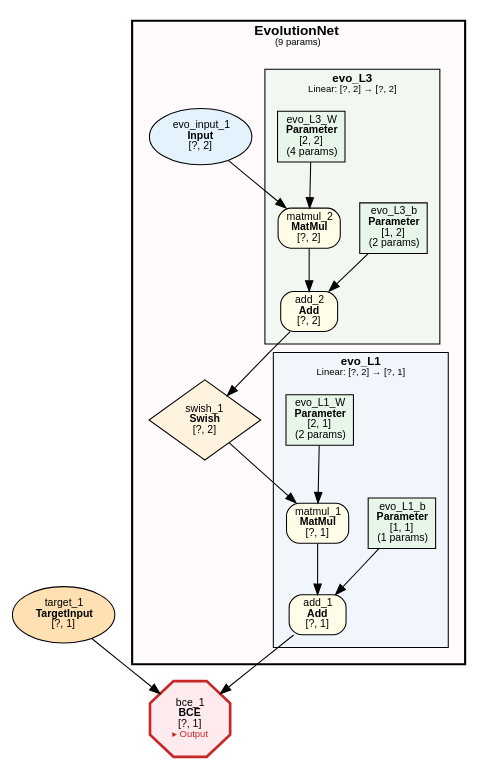
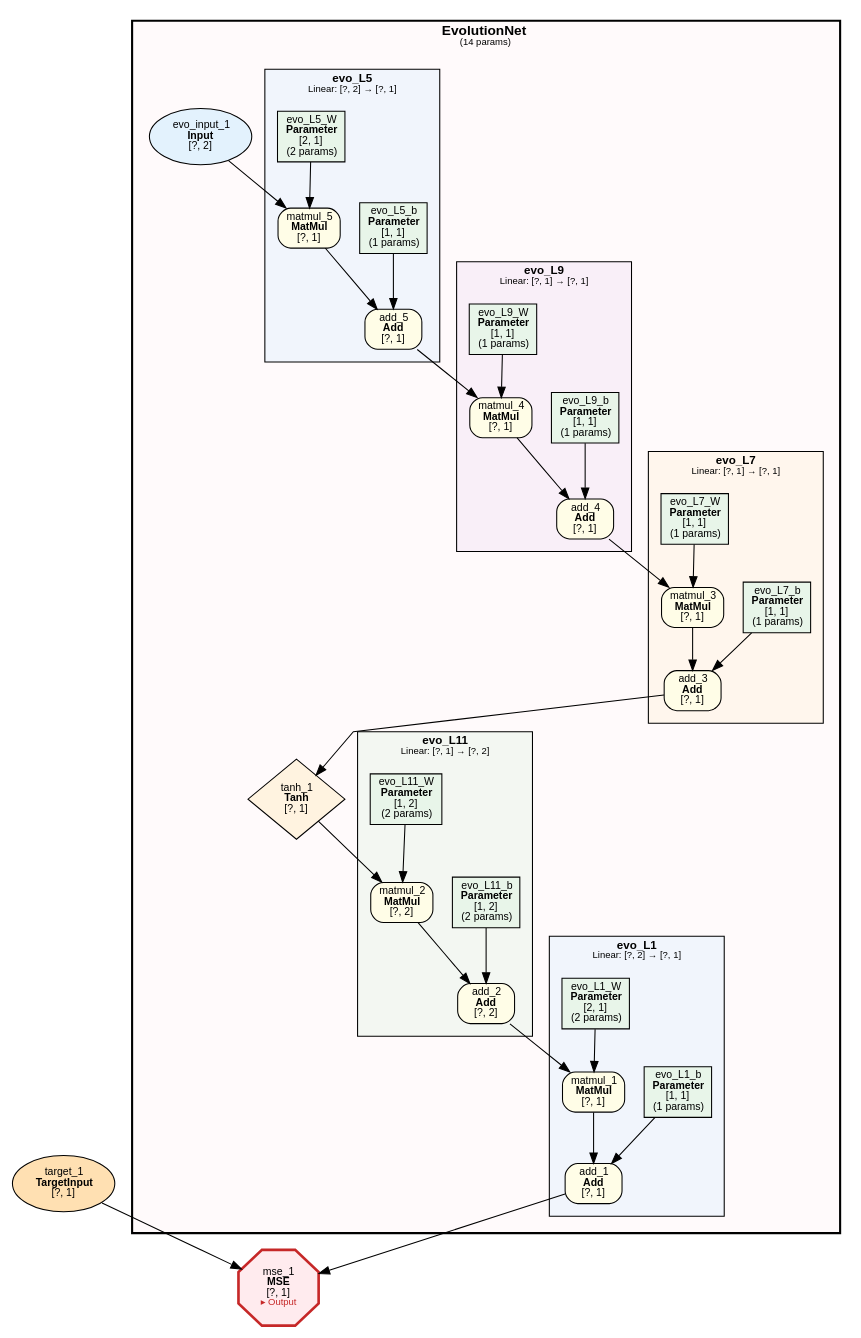
The diagram in examples/evolution_xor/evolution_xor.dot (dbsxdbsx/only_torch), drawn with Graphviz before and after one commit. The commit also changed 14 other files, not shown here.

First line of the commit message:
feat: 演化模型 save/load (.otm) + Graph 权重 API

```diff
--- a/examples/evolution_xor/evolution_xor.dot
+++ b/examples/evolution_xor/evolution_xor.dot
@@ -1,60 +1,111 @@
 digraph ComputeGraph {
     rankdir=TB;
     newrank=true;
     splines=polyline;
     node [fontname="Microsoft YaHei,SimHei,Arial"];
     edge [fontname="Microsoft YaHei,SimHei,Arial"];
 
     subgraph cluster_model_EvolutionNet {
-        label=<<B>EvolutionNet</B><BR/><FONT POINT-SIZE="9">(9 params)</FONT>>;
+        label=<<B>EvolutionNet</B><BR/><FONT POINT-SIZE="9">(14 params)</FONT>>;
         style="filled,bold";
         fillcolor="#FFEBEE40";
         fontname="Microsoft YaHei,SimHei,Arial";
         fontsize=13;
         margin=16;
 
         subgraph cluster_EvolutionNet_evo_L1 {
             label=<<B>evo_L1</B><BR/><FONT POINT-SIZE="9">Linear: [?, 2] → [?, 1]</FONT>>;
             style=filled;
             fillcolor="#E3F2FD80";
             fontname="Microsoft YaHei,SimHei,Arial";
             fontsize=11;
             margin=12;
                 "2" [label=<add_1<BR/><B>Add</B><BR/>[?, 1]> shape=box style="filled,rounded" fillcolor="#FFFDE7" fontsize=10];
                 "4" [label=<matmul_1<BR/><B>MatMul</B><BR/>[?, 1]> shape=box style="filled,rounded" fillcolor="#FFFDE7" fontsize=10];
                 "5" [label=<evo_L1_b<BR/><B>Parameter</B><BR/>[1, 1]<BR/>(1 params)> shape=box style=filled fillcolor="#E8F5E9" fontsize=10];
                 "7" [label=<evo_L1_W<BR/><B>Parameter</B><BR/>[2, 1]<BR/>(2 params)> shape=box style=filled fillcolor="#E8F5E9" fontsize=10];
         }
 
-        subgraph cluster_EvolutionNet_evo_L3 {
-            label=<<B>evo_L3</B><BR/><FONT POINT-SIZE="9">Linear: [?, 2] → [?, 2]</FONT>>;
+        subgraph cluster_EvolutionNet_evo_L11 {
+            label=<<B>evo_L11</B><BR/><FONT POINT-SIZE="9">Linear: [?, 1] → [?, 2]</FONT>>;
             style=filled;
             fillcolor="#E8F5E980";
             fontname="Microsoft YaHei,SimHei,Arial";
             fontsize=11;
             margin=12;
-                "8" [label=<add_2<BR/><B>Add</B><BR/>[?, 2]> shape=box style="filled,rounded" fillcolor="#FFFDE7" fontsize=10];
-                "9" [label=<matmul_2<BR/><B>MatMul</B><BR/>[?, 2]> shape=box style="filled,rounded" fillcolor="#FFFDE7" fontsize=10];
-                "10" [label=<evo_L3_b<BR/><B>Parameter</B><BR/>[1, 2]<BR/>(2 params)> shape=box style=filled fillcolor="#E8F5E9" fontsize=10];
-                "12" [label=<evo_L3_W<BR/><B>Parameter</B><BR/>[2, 2]<BR/>(4 params)> shape=box style=filled fillcolor="#E8F5E9" fontsize=10];
+                "6" [label=<add_2<BR/><B>Add</B><BR/>[?, 2]> shape=box style="filled,rounded" fillcolor="#FFFDE7" fontsize=10];
+                "8" [label=<matmul_2<BR/><B>MatMul</B><BR/>[?, 2]> shape=box style="filled,rounded" fillcolor="#FFFDE7" fontsize=10];
+                "9" [label=<evo_L11_b<BR/><B>Parameter</B><BR/>[1, 2]<BR/>(2 params)> shape=box style=filled fillcolor="#E8F5E9" fontsize=10];
+                "11" [label=<evo_L11_W<BR/><B>Parameter</B><BR/>[1, 2]<BR/>(2 params)> shape=box style=filled fillcolor="#E8F5E9" fontsize=10];
         }
 
-        "6" [label=<swish_1<BR/><B>Swish</B><BR/>[?, 2]> shape=diamond style=filled fillcolor="#FFF3E0" fontsize=10];
-        "11" [label=<evo_input_1<BR/><B>Input</B><BR/>[?, 2]> shape=ellipse style=filled fillcolor="#E3F2FD" fontsize=10];
+        subgraph cluster_EvolutionNet_evo_L7 {
+            label=<<B>evo_L7</B><BR/><FONT POINT-SIZE="9">Linear: [?, 1] → [?, 1]</FONT>>;
+            style=filled;
+            fillcolor="#FFF3E080";
+            fontname="Microsoft YaHei,SimHei,Arial";
+            fontsize=11;
+            margin=12;
+                "12" [label=<add_3<BR/><B>Add</B><BR/>[?, 1]> shape=box style="filled,rounded" fillcolor="#FFFDE7" fontsize=10];
+                "13" [label=<matmul_3<BR/><B>MatMul</B><BR/>[?, 1]> shape=box style="filled,rounded" fillcolor="#FFFDE7" fontsize=10];
+                "14" [label=<evo_L7_b<BR/><B>Parameter</B><BR/>[1, 1]<BR/>(1 params)> shape=box style=filled fillcolor="#E8F5E9" fontsize=10];
+                "16" [label=<evo_L7_W<BR/><B>Parameter</B><BR/>[1, 1]<BR/>(1 params)> shape=box style=filled fillcolor="#E8F5E9" fontsize=10];
+        }
+
+        subgraph cluster_EvolutionNet_evo_L9 {
+            label=<<B>evo_L9</B><BR/><FONT POINT-SIZE="9">Linear: [?, 1] → [?, 1]</FONT>>;
+            style=filled;
+            fillcolor="#F3E5F580";
+            fontname="Microsoft YaHei,SimHei,Arial";
+            fontsize=11;
+            margin=12;
+                "15" [label=<add_4<BR/><B>Add</B><BR/>[?, 1]> shape=box style="filled,rounded" fillcolor="#FFFDE7" fontsize=10];
+                "17" [label=<matmul_4<BR/><B>MatMul</B><BR/>[?, 1]> shape=box style="filled,rounded" fillcolor="#FFFDE7" fontsize=10];
+                "18" [label=<evo_L9_b<BR/><B>Parameter</B><BR/>[1, 1]<BR/>(1 params)> shape=box style=filled fillcolor="#E8F5E9" fontsize=10];
+                "20" [label=<evo_L9_W<BR/><B>Parameter</B><BR/>[1, 1]<BR/>(1 params)> shape=box style=filled fillcolor="#E8F5E9" fontsize=10];
+        }
+
+        subgraph cluster_EvolutionNet_evo_L5 {
+            label=<<B>evo_L5</B><BR/><FONT POINT-SIZE="9">Linear: [?, 2] → [?, 1]</FONT>>;
+            style=filled;
+            fillcolor="#E3F2FD80";
+            fontname="Microsoft YaHei,SimHei,Arial";
+            fontsize=11;
+            margin=12;
+                "19" [label=<add_5<BR/><B>Add</B><BR/>[?, 1]> shape=box style="filled,rounded" fillcolor="#FFFDE7" fontsize=10];
+                "21" [label=<matmul_5<BR/><B>MatMul</B><BR/>[?, 1]> shape=box style="filled,rounded" fillcolor="#FFFDE7" fontsize=10];
+                "22" [label=<evo_L5_b<BR/><B>Parameter</B><BR/>[1, 1]<BR/>(1 params)> shape=box style=filled fillcolor="#E8F5E9" fontsize=10];
+                "24" [label=<evo_L5_W<BR/><B>Parameter</B><BR/>[2, 1]<BR/>(2 params)> shape=box style=filled fillcolor="#E8F5E9" fontsize=10];
+        }
+
+        "10" [label=<tanh_1<BR/><B>Tanh</B><BR/>[?, 1]> shape=diamond style=filled fillcolor="#FFF3E0" fontsize=10];
+        "23" [label=<evo_input_1<BR/><B>Input</B><BR/>[?, 2]> shape=ellipse style=filled fillcolor="#E3F2FD" fontsize=10];
     }
 
-    "1" [label=<bce_1<BR/><B>BCE</B><BR/>[?, 1]<BR/><FONT COLOR="#C62828" POINT-SIZE="9">▸ Output</FONT>> shape=octagon style=filled fillcolor="#FFEBEE" fontsize=10 penwidth=2.5 color="#C62828"];
+    "1" [label=<mse_1<BR/><B>MSE</B><BR/>[?, 1]<BR/><FONT COLOR="#C62828" POINT-SIZE="9">▸ Output</FONT>> shape=octagon style=filled fillcolor="#FFEBEE" fontsize=10 penwidth=2.5 color="#C62828"];
     "3" [label=<target_1<BR/><B>TargetInput</B><BR/>[?, 1]> shape=ellipse style=filled fillcolor="#FFE0B2" fontsize=10];
 
     "2" -> "1";
     "3" -> "1";
     "4" -> "2";
     "5" -> "2";
     "6" -> "4";
     "7" -> "4";
     "8" -> "6";
-    "9" -> "8";
+    "9" -> "6";
     "10" -> "8";
-    "11" -> "9";
-    "12" -> "9";
+    "11" -> "8";
+    "12" -> "10";
+    "13" -> "12";
+    "14" -> "12";
+    "15" -> "13";
+    "16" -> "13";
+    "17" -> "15";
+    "18" -> "15";
+    "19" -> "17";
+    "20" -> "17";
+    "21" -> "19";
+    "22" -> "19";
+    "23" -> "21";
+    "24" -> "21";
 }
```
